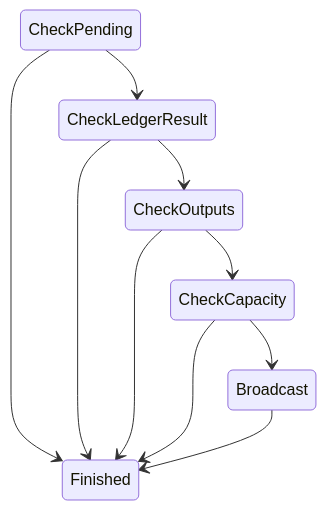
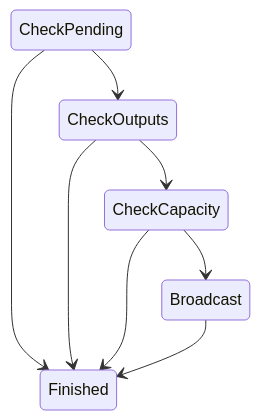
Before and after one commit to cardano-scaling/hydra: diagram 12 of 60 in docs/head-logic-diagrams.md, drawn with Mermaid. The commit also changed other lines of this file and 48 other files, not shown here.

````diff
--- a/docs/head-logic-diagrams.md
+++ b/docs/head-logic-diagrams.md
@@ -368,19 +359,16 @@
 ```mermaid
 stateDiagram-v2
 
 CheckPending
-CheckLedgerResult
 CheckOutputs
 CheckCapacity
 Broadcast
 Finished
-CheckPending --> CheckLedgerResult
+CheckPending --> CheckOutputs
 CheckPending --> Finished
-CheckLedgerResult --> CheckOutputs
-CheckLedgerResult --> Finished
 CheckOutputs --> CheckCapacity
 CheckOutputs --> Finished
 CheckCapacity --> Broadcast
 CheckCapacity --> Finished
 Broadcast --> Finished
 ```
````
